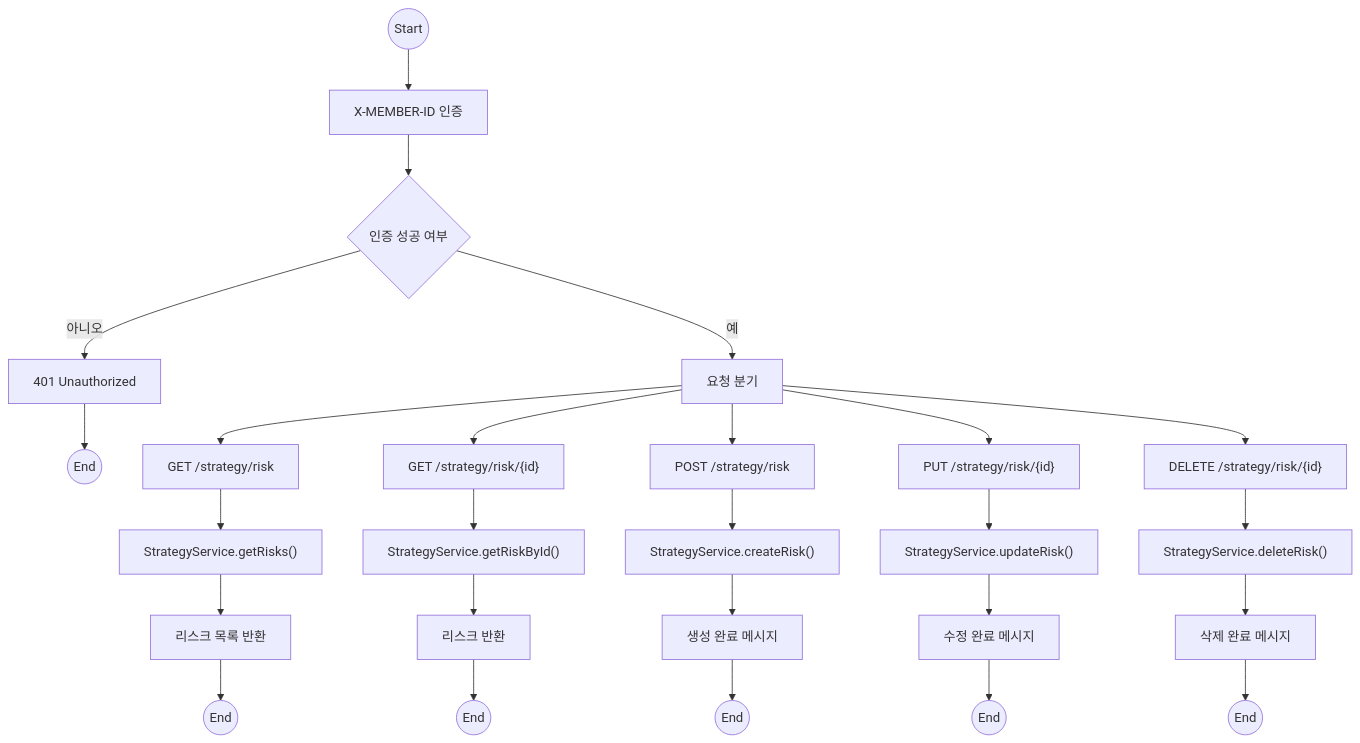
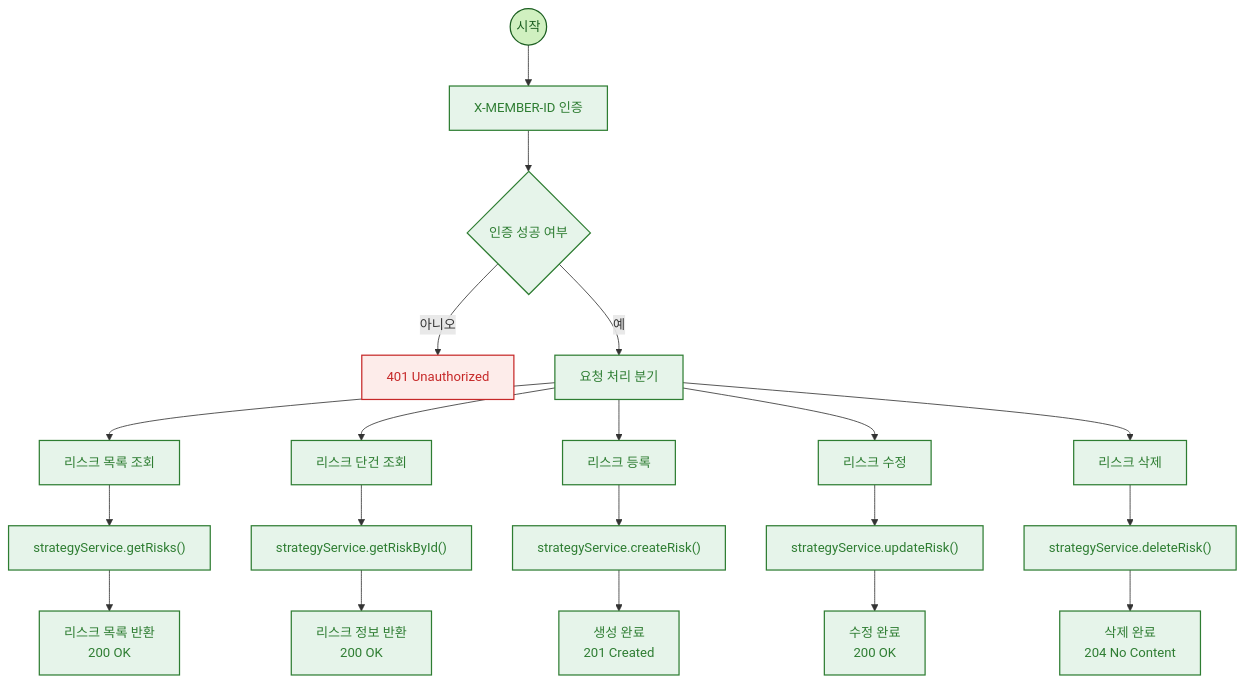
One commit to NextSpringMysqlMSA/tcfd-service changed the seventh of 7 diagrams in README.md. Above: the diagram before and after it, drawn with Mermaid. The commit also changed other lines of this file, not shown here.

````diff
--- a/README.md
+++ b/README.md
@@ -246,40 +355,50 @@
 ```mermaid
 flowchart TD
+    %% 스타일 정의 
+    classDef process fill:#e6f4ea,stroke:#2e7d32,stroke-width:1.5px,color:#2e7d32
+    classDef decision fill:#e6f4ea,stroke:#2e7d32,stroke-width:1.5px,color:#2e7d32
+    classDef endpoint fill:#d0f0c0,stroke:#1b5e20,stroke-width:1.5px,color:#1b5e20
+    classDef service fill:#e6f4ea,stroke:#2e7d32,stroke-width:1.5px,color:#2e7d32
+    classDef response fill:#e6f4ea,stroke:#2e7d32,stroke-width:1.5px,color:#2e7d32
+    classDef error fill:#fdecea,stroke:#c62828,stroke-width:1.5px,color:#c62828
 
-%% 공통 시작 및 인증
-    Start((Start))
+    %% 공통 시작 및 인증
+    Start((시작))
     Start --> Auth["X-MEMBER-ID 인증"]
     Auth --> AuthCheck{"인증 성공 여부"}
-    AuthCheck -- "아니오" --> Error401["401 Unauthorized"] --> EndError((End))
-    AuthCheck -- "예" --> Route["요청 분기"]
+    AuthCheck -- "아니오" --> Error401["401 Unauthorized"]
+    AuthCheck -- "예" --> Route["요청 처리 분기"]
 
-%% 전체 조회
-    Route --> RiskGetAll["GET /strategy/risk"]
-    RiskGetAll --> ServiceGetAll["StrategyService.getRisks()"]
-    ServiceGetAll --> RespGetAll["리스크 목록 반환"]
-    RespGetAll --> End1((End))
+    %% 전체 조회
+    Route --> RiskGetAll["리스크 목록 조회"]
+    RiskGetAll --> ServiceGetAll["strategyService.getRisks()"]
+    ServiceGetAll --> RespGetAll["리스크 목록 반환\n200 OK"]
 
-%% 단건 조회
-    Route --> RiskGetOne["GET /strategy/risk/{id}"]
-    RiskGetOne --> ServiceGetOne["StrategyService.getRiskById()"]
-    ServiceGetOne --> RespGetOne["리스크 반환"]
-    RespGetOne --> End2((End))
+    %% 단건 조회
+    Route --> RiskGetOne["리스크 단건 조회"]
+    RiskGetOne --> ServiceGetOne["strategyService.getRiskById()"]
+    ServiceGetOne --> RespGetOne["리스크 정보 반환\n200 OK"]
 
-%% 생성
-    Route --> RiskPost["POST /strategy/risk"]
-    RiskPost --> ServicePost["StrategyService.createRisk()"]
-    ServicePost --> RespPost["생성 완료 메시지"]
-    RespPost --> End3((End))
+    %% 생성
+    Route --> RiskPost["리스크 등록"]
+    RiskPost --> ServicePost["strategyService.createRisk()"]
+    ServicePost --> RespPost["생성 완료\n201 Created"]
 
-%% 수정
-    Route --> RiskPut["PUT /strategy/risk/{id}"]
-    RiskPut --> ServicePut["StrategyService.updateRisk()"]
-    ServicePut --> RespPut["수정 완료 메시지"]
-    RespPut --> End4((End))
+    %% 수정
+    Route --> RiskPut["리스크 수정"]
+    RiskPut --> ServicePut["strategyService.updateRisk()"]
+    ServicePut --> RespPut["수정 완료\n200 OK"]
 
-%% 삭제
-    Route --> RiskDelete["DELETE /strategy/risk/{id}"]
-    RiskDelete --> ServiceDelete["StrategyService.deleteRisk()"]
-    ServiceDelete --> RespDelete["삭제 완료 메시지"]
-    RespDelete --> End5((End))
+    %% 삭제
+    Route --> RiskDelete["리스크 삭제"]
+    RiskDelete --> ServiceDelete["strategyService.deleteRisk()"]
+    ServiceDelete --> RespDelete["삭제 완료\n204 No Content"]
+
+    %% 스타일 적용
+    class Start endpoint
+    class Auth,RiskGetAll,RiskGetOne,RiskPost,RiskPut,RiskDelete,Route process
+    class AuthCheck decision
+    class ServiceGetAll,ServiceGetOne,ServicePost,ServicePut,ServiceDelete service
+    class RespGetAll,RespGetOne,RespPost,RespPut,RespDelete response
+    class Error401 error
 ```
````
